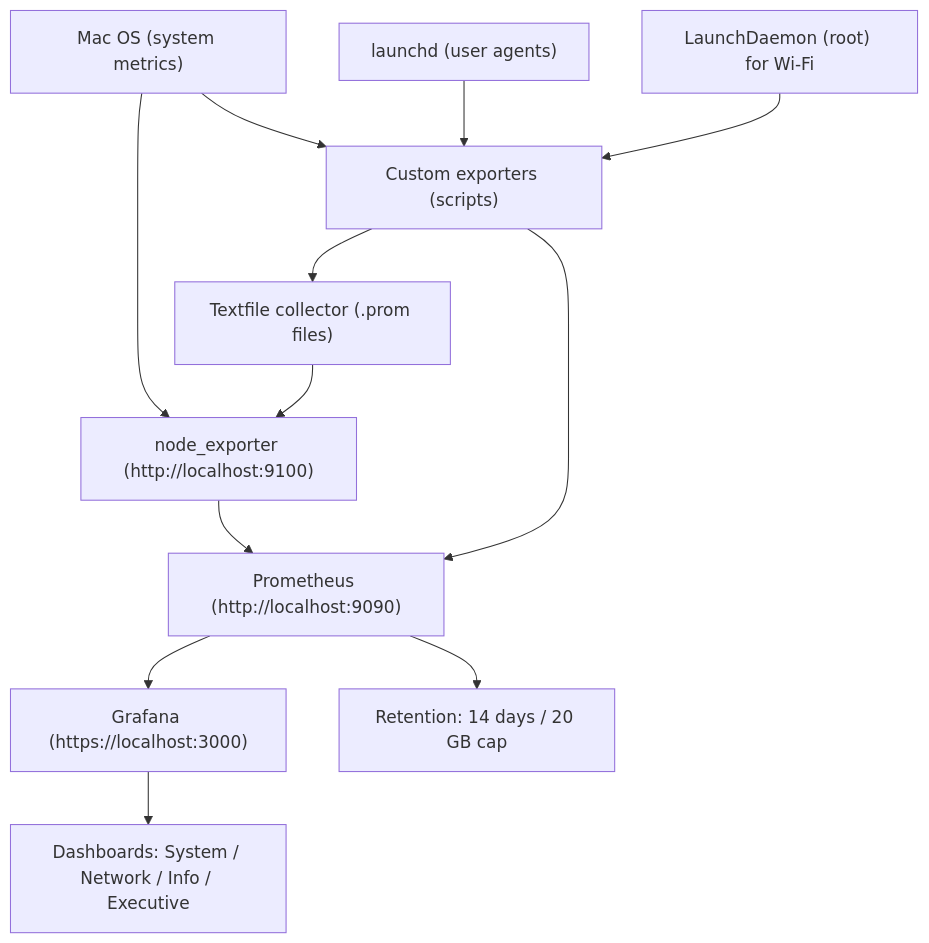
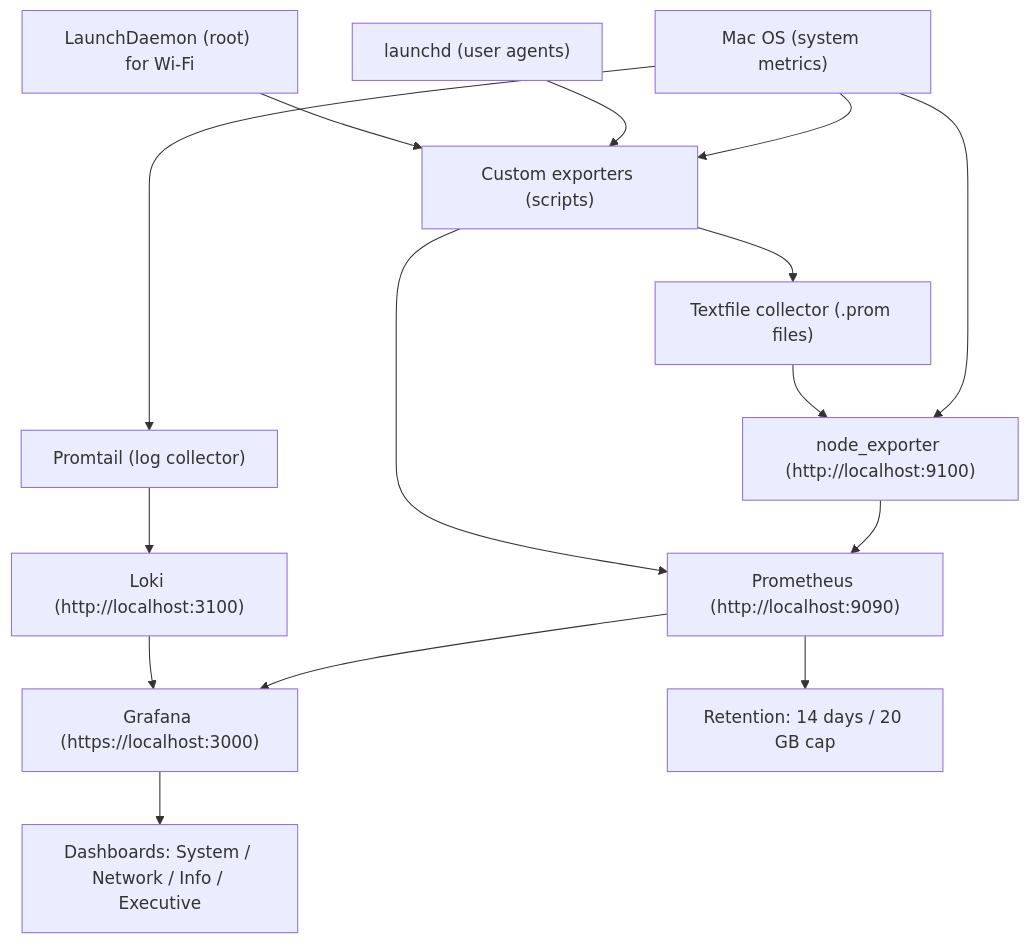
Before and after one commit to ANISHSAJIKUMAR/macOS-Observability: the diagram in observability/README.md, drawn with Mermaid. The commit also changed other lines of this file and 17 other files, not shown here.

Commit message:
Add Loki/Promtail log pipeline and Mac Logs dashboard

````diff
--- a/observability/README.md
+++ b/observability/README.md
@@ -42,14 +44,17 @@
 ```mermaid
 graph TD
   A["Mac OS (system metrics)"] --> B["node_exporter (http://localhost:9100)"]
   A --> C["Custom exporters (scripts)"]
   C --> D["Textfile collector (.prom files)"]
   D --> B
   B --> E["Prometheus (http://localhost:9090)"]
   C --> E
   E --> F["Grafana (https://localhost:3000)"]
   G["launchd (user agents)"] --> C
   H["LaunchDaemon (root) for Wi‑Fi"] --> C
   E --> I["Retention: 14 days / 20 GB cap"]
   F --> J["Dashboards: System / Network / Info / Executive"]
+  A --> K["Promtail (log collector)"]
+  K --> L["Loki (http://localhost:3100)"]
+  L --> F
 ```
````
